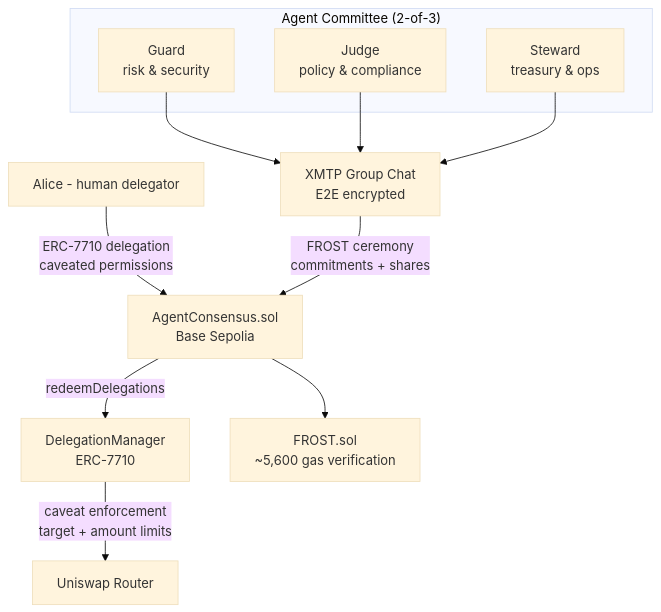
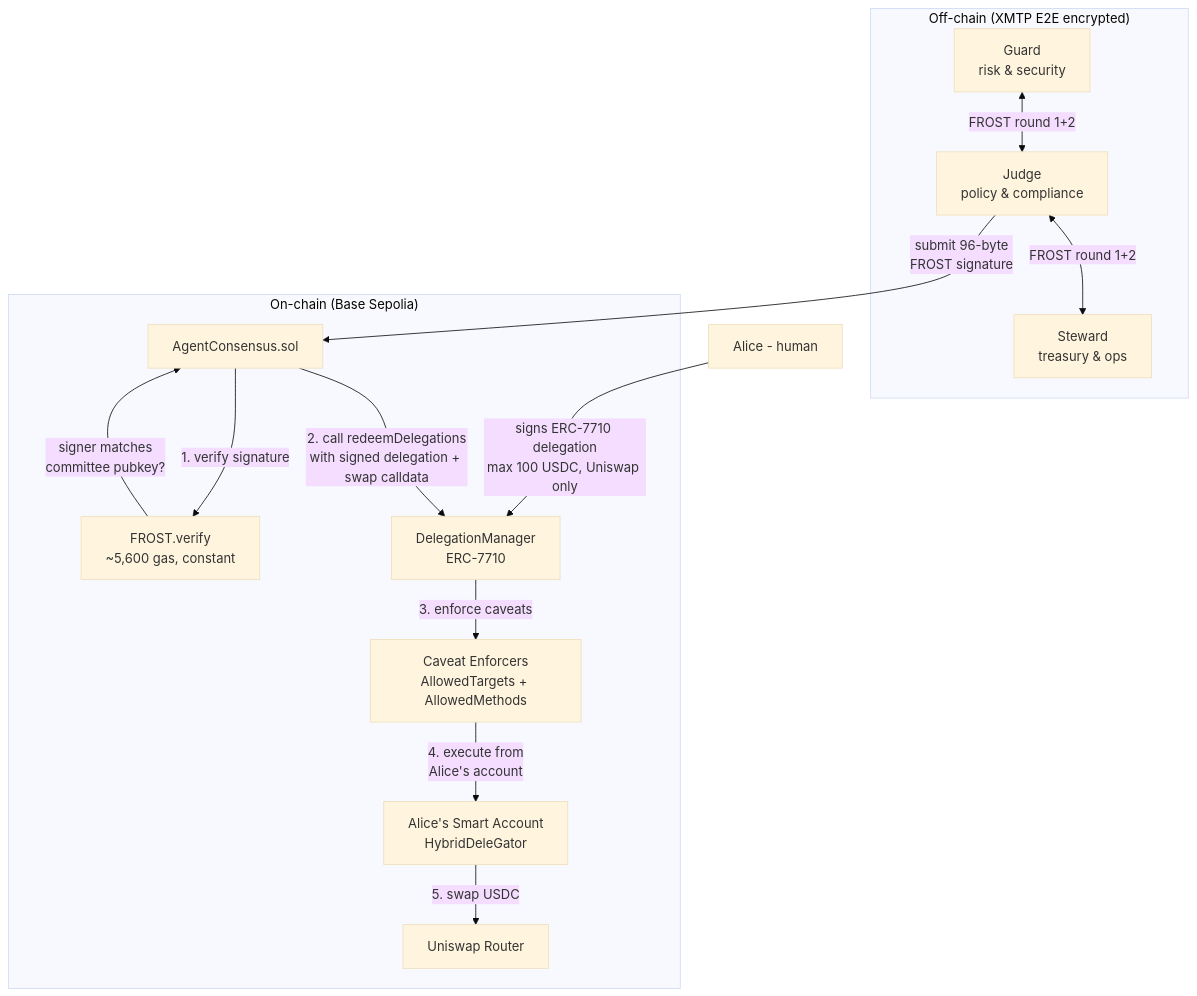
Before and after one commit to trionlabs/chorus: the second of 3 diagrams in README.md, drawn with Mermaid (base theme). The commit also changed other lines of this file, not shown here.

Commit message:
architecture mermaid showing frost to delegation flow

````diff
--- a/README.md
+++ b/README.md
@@ -44,25 +44,29 @@
 ```mermaid
 graph TB
-    Alice[Alice - human delegator]
-    AC[AgentConsensus.sol<br/>Base Sepolia]
-    DM[DelegationManager<br/>ERC-7710]
-    FROST[FROST.sol<br/>~5,600 gas verification]
-    XMTP[XMTP Group Chat<br/>E2E encrypted]
+    subgraph "Off-chain (XMTP E2E encrypted)"
+        Guard[Guard<br/>risk & security]
+        Judge[Judge<br/>policy & compliance]
+        Steward[Steward<br/>treasury & ops]
+        Guard <-->|FROST round 1+2| Judge
+        Judge <-->|FROST round 1+2| Steward
+    end
 
-    Alice -->|ERC-7710 delegation<br/>caveated permissions| AC
-    AC --> FROST
-    AC -->|redeemDelegations| DM
-    DM -->|caveat enforcement<br/>target + amount limits| Uniswap[Uniswap Router]
+    subgraph "On-chain (Base Sepolia)"
+        AC[AgentConsensus.sol]
+        FROST[FROST.verify<br/>~5,600 gas, constant]
+        DM[DelegationManager<br/>ERC-7710]
+        Caveats[Caveat Enforcers<br/>AllowedTargets + AllowedMethods]
+        Smart[Alice's Smart Account<br/>HybridDeleGator]
+        Uniswap[Uniswap Router]
+    end
 
-    Guard[Guard<br/>risk & security] --> XMTP
-    Judge[Judge<br/>policy & compliance] --> XMTP
-    Steward[Steward<br/>treasury & ops] --> XMTP
+    Alice[Alice - human] -->|signs ERC-7710 delegation<br/>max 100 USDC, Uniswap only| DM
 
-    XMTP -->|FROST ceremony<br/>commitments + shares| AC
-
-    subgraph "Agent Committee (2-of-3)"
-        Guard
-        Judge
-        Steward
-    end
+    Judge -->|submit 96-byte<br/>FROST signature| AC
+    AC -->|1. verify signature| FROST
+    FROST -->|signer matches<br/>committee pubkey?| AC
+    AC -->|2. call redeemDelegations<br/>with signed delegation + swap calldata| DM
+    DM -->|3. enforce caveats| Caveats
+    Caveats -->|4. execute from<br/>Alice's account| Smart
+    Smart -->|5. swap USDC| Uniswap
 ```
````
